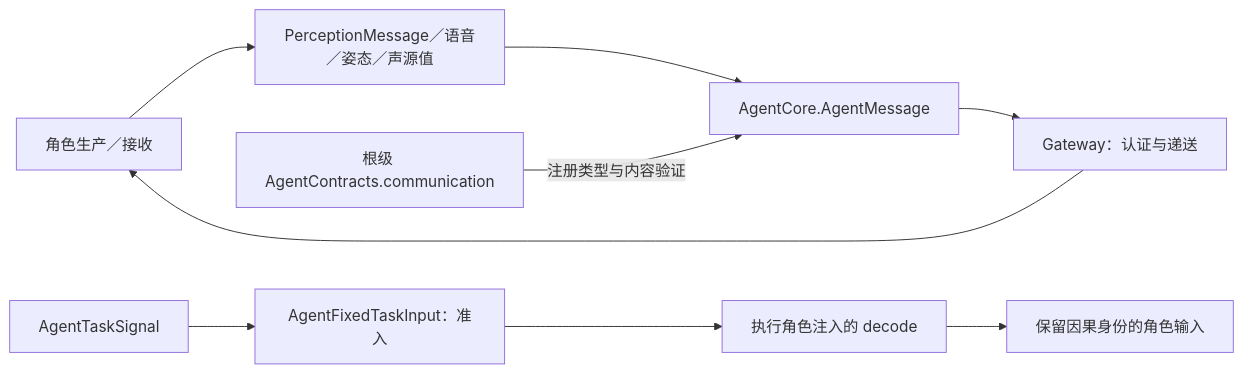
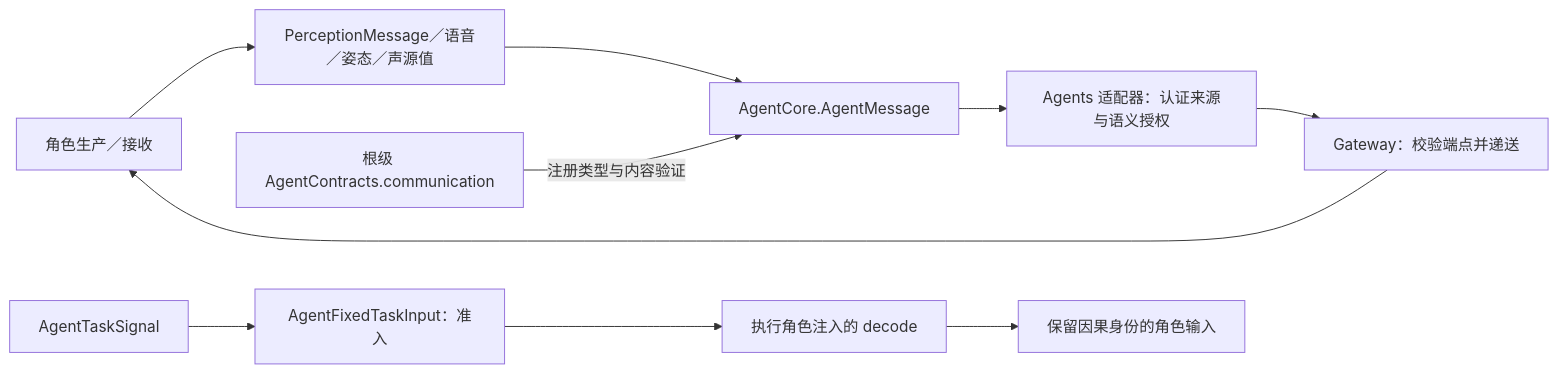
One commit to devilyouwei/MobileHarness changed the diagram in MobileHarness/Agents/Support/Communication/README.md. Above: the diagram before and after it, drawn with Mermaid. The commit also changed other lines of this file and 115 other files, not shown here.

````diff
--- a/MobileHarness/Agents/Support/Communication/README.md
+++ b/MobileHarness/Agents/Support/Communication/README.md
@@ -16,11 +16,12 @@
 ```mermaid
 flowchart LR
     Role["角色生产／接收"] --> Values["PerceptionMessage／语音／姿态／声源值"]
     Values --> Message["AgentCore.AgentMessage"]
     Catalog["根级 AgentContracts.communication"] -->|"注册类型与内容验证"| Message
-    Message --> Gateway["Gateway：认证与递送"]
+    Message --> Auth["Agents 适配器：认证来源与语义授权"]
+    Auth --> Gateway["Gateway：校验端点并递送"]
     Gateway --> Role
     Task["AgentTaskSignal"] --> Admission["AgentFixedTaskInput：准入"]
     Admission --> Decoder["执行角色注入的 decode"]
     Decoder --> Local["保留因果身份的角色输入"]
 ```
````
